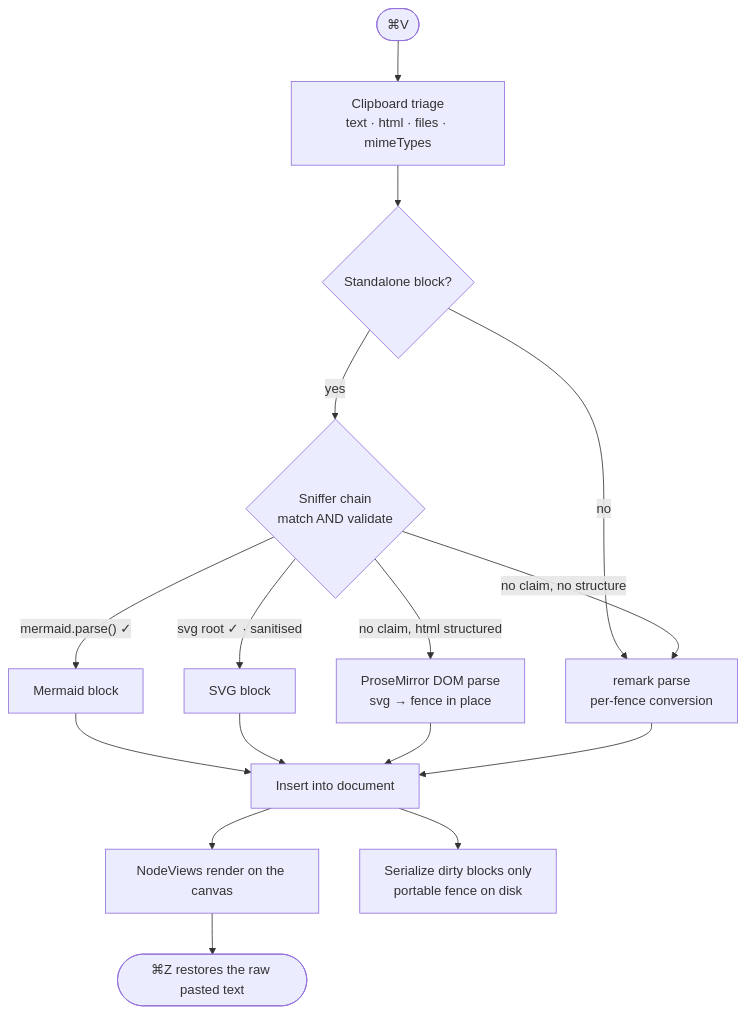
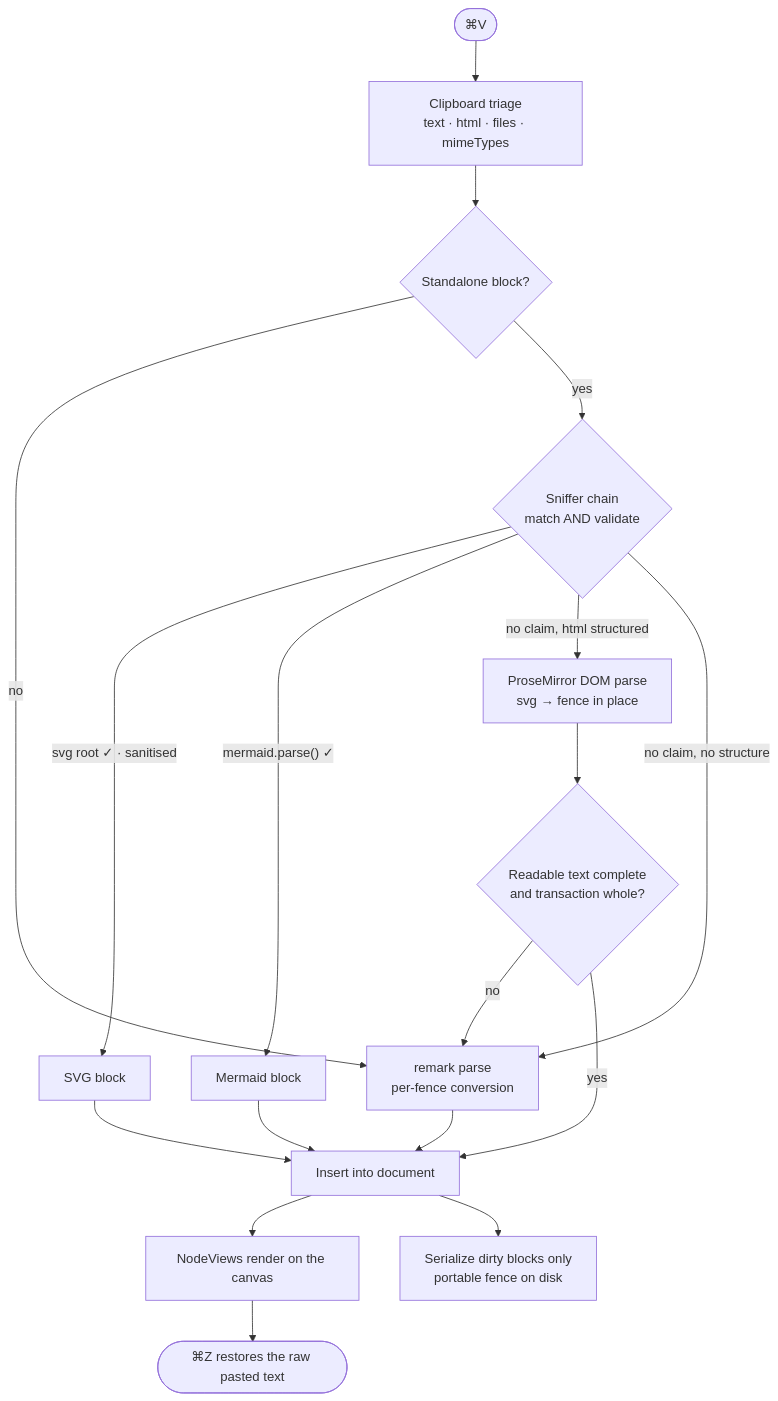
Before and after one commit to StevenRidder/simplemark-ci: the diagram in docs/DESIGN.md, drawn with Mermaid. The commit also changed other lines of this file and 9 other files, not shown here.

Commit message:
fix: preserve complete rich paste text (#201)

````diff
--- a/docs/DESIGN.md
+++ b/docs/DESIGN.md
@@ -482,18 +483,20 @@
 ```mermaid
 flowchart TB
   V(["⌘V"]) --> TRIAGE["Clipboard triage<br/>text · html · files · mimeTypes"]
   TRIAGE --> STANDALONE{"Standalone block?"}
   STANDALONE -->|no| MD
   STANDALONE -->|yes| SNIFF{"Sniffer chain<br/>match AND validate"}
   SNIFF -->|"svg root ✓ · sanitised"| SVG["SVG block"]
   SNIFF -->|"mermaid.parse() ✓"| MER["Mermaid block"]
   SNIFF -->|"no claim, html structured"| HTML["ProseMirror DOM parse<br/>svg → fence in place"]
   SNIFF -->|"no claim, no structure"| MD["remark parse<br/>per-fence conversion"]
+  HTML --> COMPLETE{"Readable text complete<br/>and transaction whole?"}
+  COMPLETE -->|"no"| MD
+  COMPLETE -->|"yes"| DOC
   MER --> DOC["Insert into document"]
   SVG --> DOC
-  HTML --> DOC
   MD --> DOC
   DOC --> VIEW["NodeViews render on the canvas"]
   DOC --> DISK["Serialize dirty blocks only<br/>portable fence on disk"]
   VIEW --> UNDO(["⌘Z restores the raw pasted text"])
 ```
````
